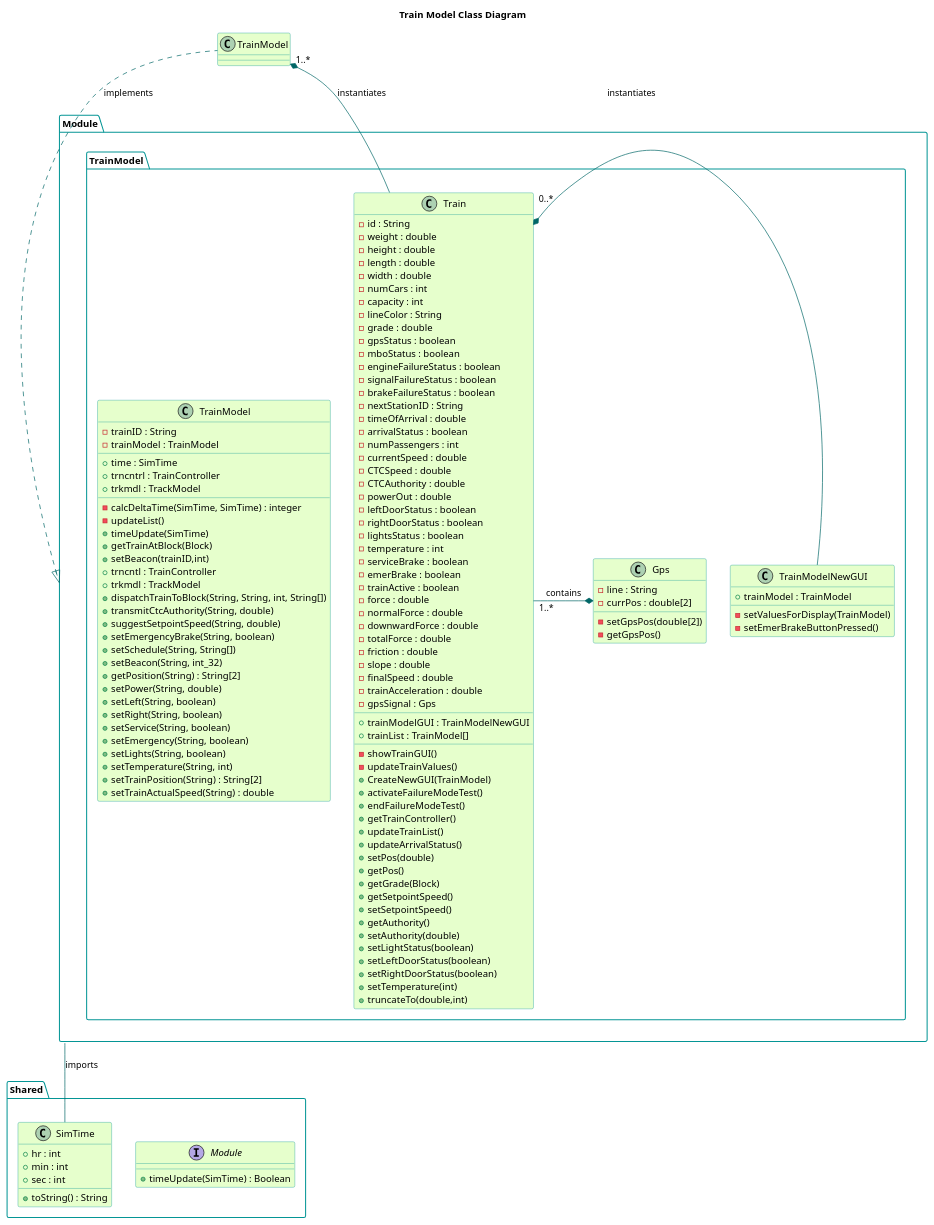
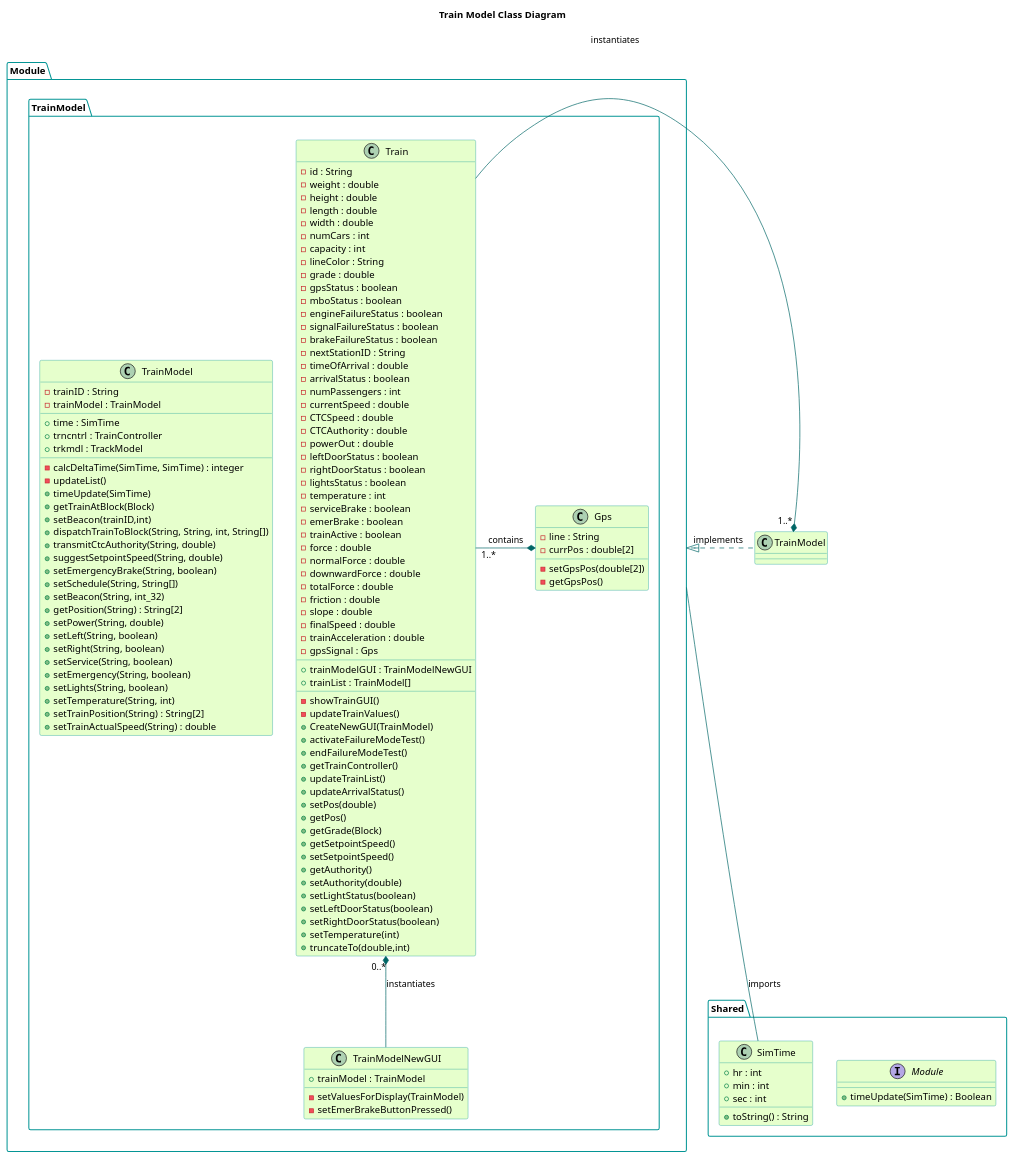
The diagram in TrainSystem/yUML/Class Diagrams/TrainModelClassDiagram.puml (kevingilboy/COE1186), drawn with PlantUML before and after one commit. The commit also changed 1 other file, not shown here.

```diff
--- a/TrainSystem/yUML/Class Diagrams/TrainModelClassDiagram.puml
+++ b/TrainSystem/yUML/Class Diagrams/TrainModelClassDiagram.puml
@@ -1,145 +1,143 @@
 @startuml
 
 title Train Model Class Diagram
 'skinparam backgroundColor transparent'
 skinparam classBackgroundColor #e6ffcc
 skinparam classBorderColor 	#049595
 skinparam packageBorderCOlor  #049595
 skinparam arrowColor #006666
 
 package Shared{
   interface Module{
     +timeUpdate(SimTime) : Boolean
   }
   class SimTime{
     +hr : int
     +min : int
     +sec : int
     +toString() : String
   }
 }
 package Module.TrainModel {
     class TrainModel {
         -trainID : String
         -trainModel : TrainModel
         __
         +time : SimTime
         +trncntrl : TrainController
         +trkmdl : TrackModel
         __
         -calcDeltaTime(SimTime, SimTime) : integer
         -updateList()
         +timeUpdate(SimTime)
         +getTrainAtBlock(Block)
         +setBeacon(trainID,int)
-        +trncntl : TrainController
-		+trkmdl : TrackModel
 		+dispatchTrainToBlock(String, String, int, String[])
 		+transmitCtcAuthority(String, double)
 		+suggestSetpointSpeed(String, double)
 		+setEmergencyBrake(String, boolean)
 		+setSchedule(String, String[])
 		+setBeacon(String, int_32)
 		+getPosition(String) : String[2]
 		+setPower(String, double)
 		+setLeft(String, boolean)
 		+setRight(String, boolean)
 		+setService(String, boolean)
 		+setEmergency(String, boolean)
 		+setLights(String, boolean)
 		+setTemperature(String, int)
 		+setTrainPosition(String) : String[2]
 		+setTrainActualSpeed(String) : double
     }
 
     class Train {
         -id : String
         -weight : double
         -height : double
         -length : double
         -width : double
         -numCars : int
         -capacity : int
         -lineColor : String
         -grade : double
         -gpsStatus : boolean
         -mboStatus : boolean
         -engineFailureStatus : boolean
         -signalFailureStatus : boolean
         -brakeFailureStatus : boolean
         -nextStationID : String
         -timeOfArrival : double
         -arrivalStatus : boolean
         -numPassengers : int
         -currentSpeed : double
         -CTCSpeed : double
         -CTCAuthority : double
         -powerOut : double
         -leftDoorStatus : boolean
         -rightDoorStatus : boolean
         -lightsStatus : boolean
         -temperature : int
         -serviceBrake : boolean
         -emerBrake : boolean
         -trainActive : boolean
         -force : double
         -normalForce : double
         -downwardForce : double
         -totalForce : double
         -friction : double
         -slope : double
         -finalSpeed : double
         -trainAcceleration : double
         -gpsSignal : Gps
         __
         +trainModelGUI : TrainModelNewGUI
         +trainList : TrainModel[]
         __
         -showTrainGUI()
         -updateTrainValues()
         +CreateNewGUI(TrainModel)
         +activateFailureModeTest()
         +endFailureModeTest()
         +getTrainController()
         +updateTrainList()
         +updateArrivalStatus()
         +setPos(double)
         +getPos()
         +getGrade(Block)
         +getSetpointSpeed()
         +setSetpointSpeed()
         +getAuthority()
         +setAuthority(double)
         +setLightStatus(boolean)
         +setLeftDoorStatus(boolean)
         +setRightDoorStatus(boolean)
         +setTemperature(int)
         +truncateTo(double‚int)
     }
 
     class Gps{
         -line : String
         -currPos : double[2]
         __
         -setGpsPos(double[2])
         -getGpsPos()
     }
 
 
     class TrainModelNewGUI{
         +trainModel : TrainModel
         __
         -setValuesForDisplay(TrainModel)
         -setEmerBrakeButtonPressed()
     }
 }
 
 Module--SimTime : imports
 
 Module <|. TrainModel : implements
 
-TrainModel "1..*"*-down- Train : instantiates
-Train "0..*"*- TrainModelNewGUI : instantiates
+TrainModel "1..*"*-right- Train : instantiates
+Train "0..*"*-- TrainModelNewGUI : instantiates
 Train "1..*"-* Gps : contains
 
 @enduml
```
